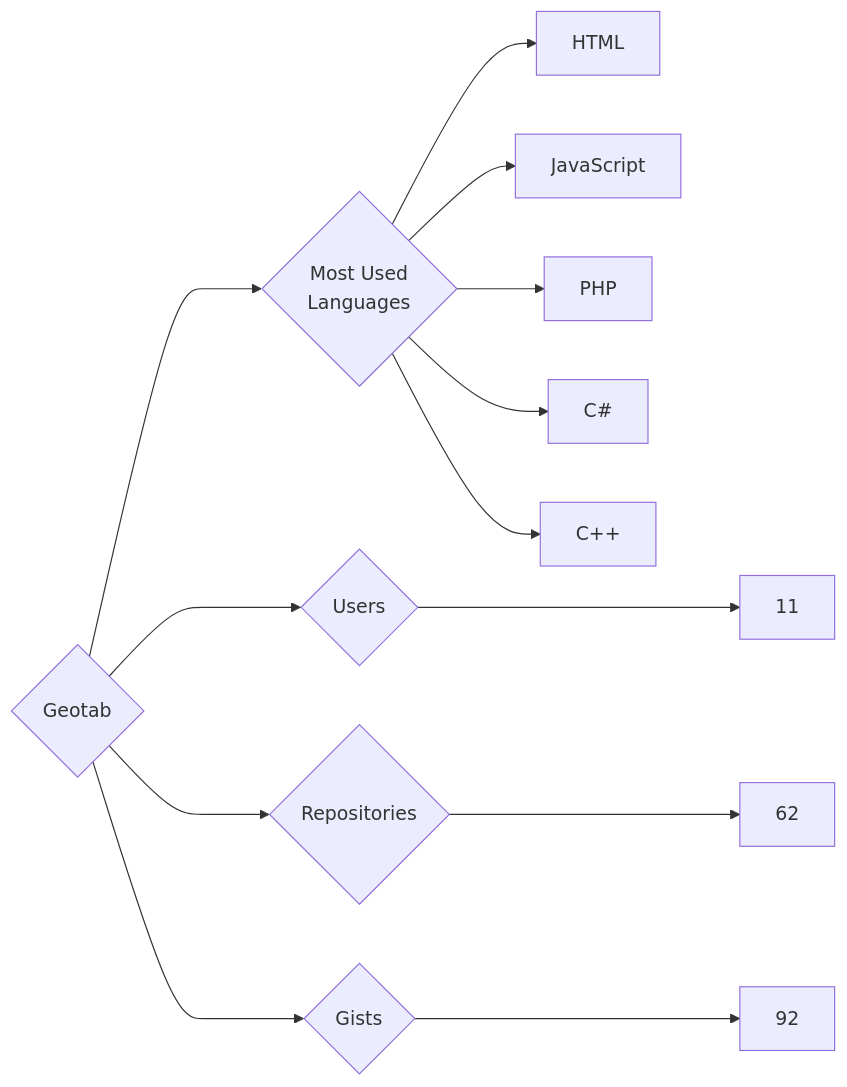
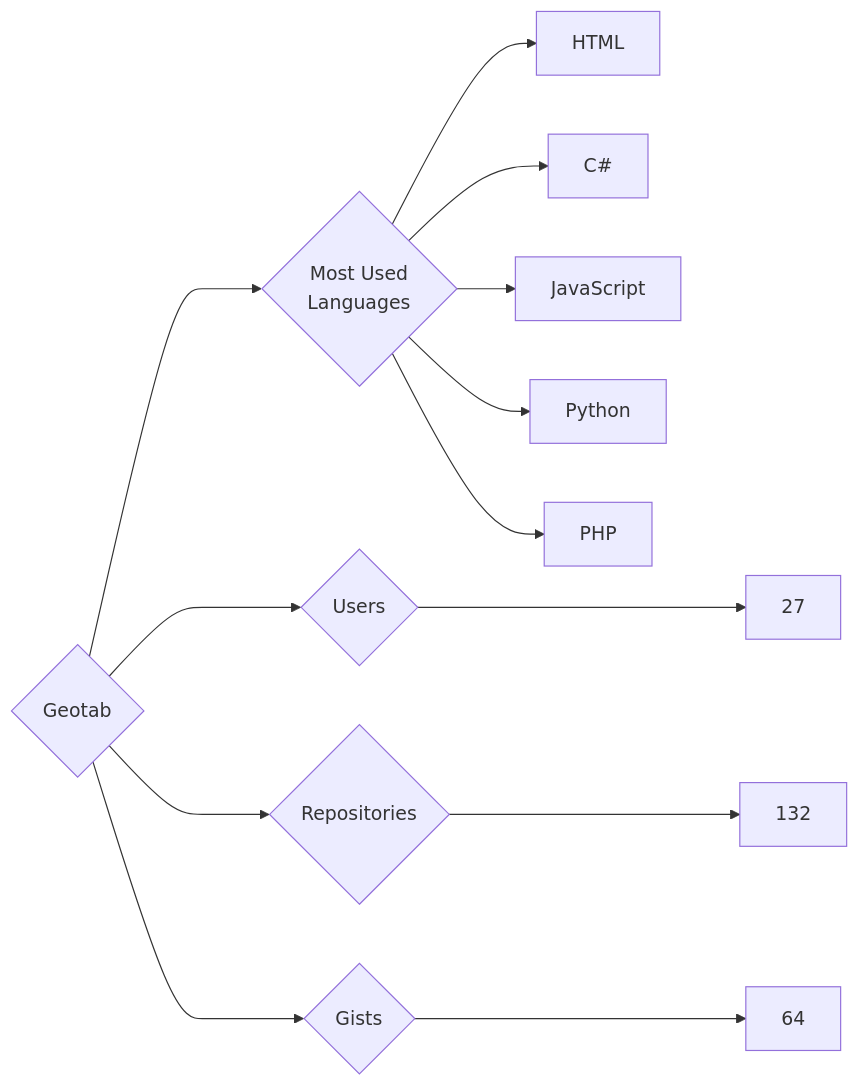
Before and after one commit to trickest/insiders: the diagram in targets/Geotab/README.md, drawn with Mermaid. The commit also changed 639 other files, not shown here.

````diff
--- a/targets/Geotab/README.md
+++ b/targets/Geotab/README.md
@@ -3,13 +3,13 @@
 ```mermaid
 graph LR
 COMPANY_NAME{Geotab}
-COMPANY_NAME ---> U{Users} ---> UN[11]
-COMPANY_NAME ---> R{Repositories} ---> RN[62]
-COMPANY_NAME ---> G{Gists} ---> GN[92]
+COMPANY_NAME ---> U{Users} ---> UN[27]
+COMPANY_NAME ---> R{Repositories} ---> RN[132]
+COMPANY_NAME ---> G{Gists} ---> GN[64]
 COMPANY_NAME ---> ML{Most Used<br>Languages}
 ML --> HTML[HTML]
+ML --> C#[C#]
 ML --> JavaScript[JavaScript]
+ML --> Python[Python]
 ML --> PHP[PHP]
-ML --> C#[C#]
-ML --> C++[C++]
 ```
````
